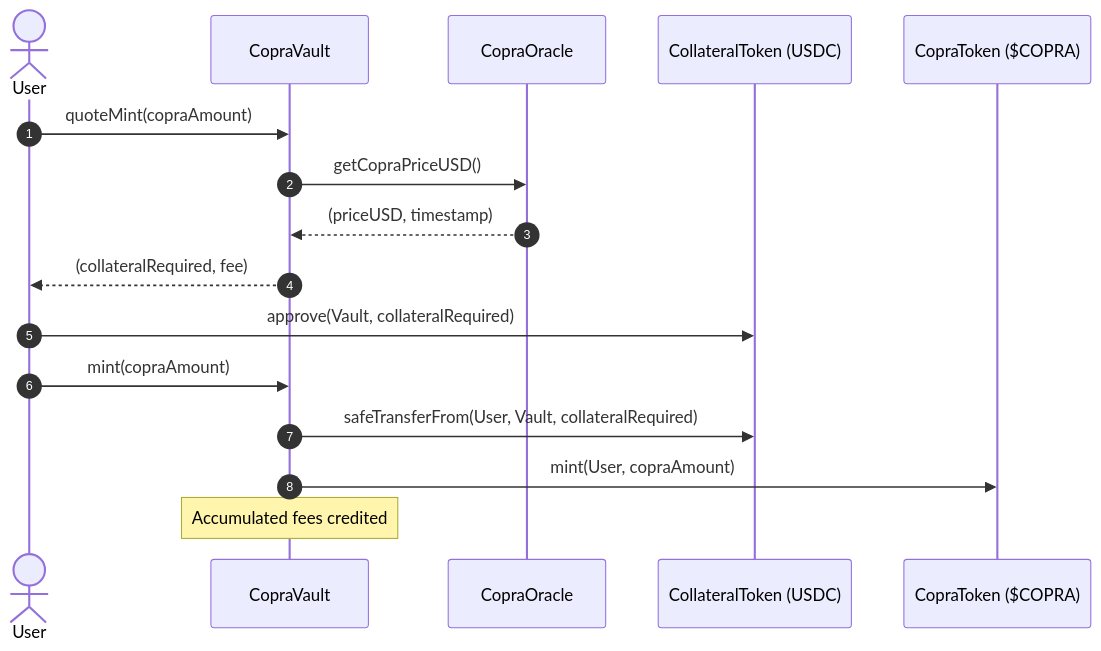
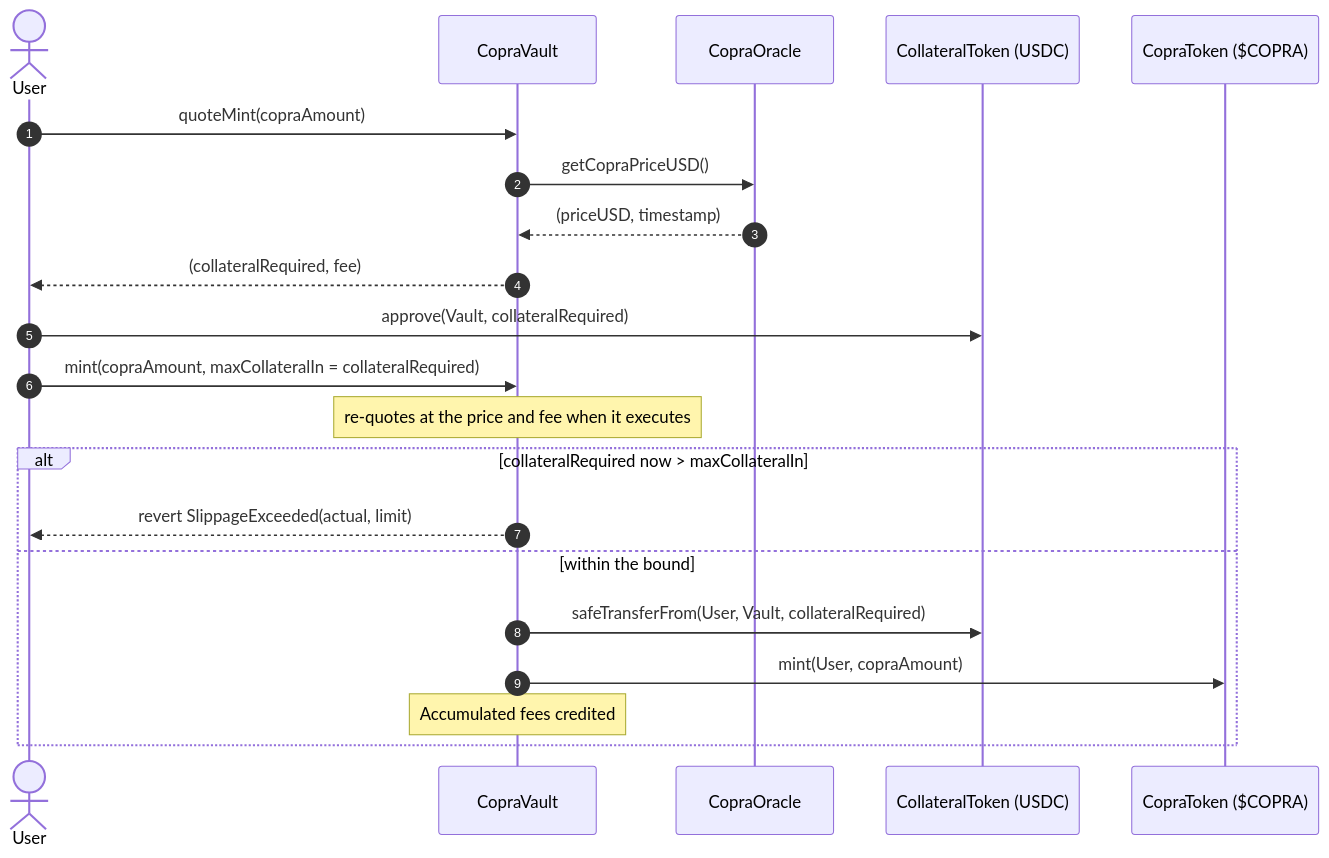
Before and after one commit to bytesbrains/copra: the second of 3 diagrams in docs/ARCHITECTURE.md, drawn with Mermaid. The commit also changed other lines of this file and 18 other files, not shown here.

````diff
--- a/docs/ARCHITECTURE.md
+++ b/docs/ARCHITECTURE.md
@@ -35,20 +35,25 @@
 ```mermaid
 sequenceDiagram
     autonumber
     actor User
     participant Vault as CopraVault
     participant Oracle as CopraOracle
     participant USDC as CollateralToken (USDC)
     participant Token as CopraToken ($COPRA)
 
     User->>Vault: quoteMint(copraAmount)
     Vault->>Oracle: getCopraPriceUSD()
     Oracle-->>Vault: (priceUSD, timestamp)
     Vault-->>User: (collateralRequired, fee)
 
     User->>USDC: approve(Vault, collateralRequired)
-    User->>Vault: mint(copraAmount)
-    Vault->>USDC: safeTransferFrom(User, Vault, collateralRequired)
-    Vault->>Token: mint(User, copraAmount)
-    Note over Vault: Accumulated fees credited
+    User->>Vault: mint(copraAmount, maxCollateralIn = collateralRequired)
+    Note over Vault: re-quotes at the price and fee when it executes
+    alt collateralRequired now > maxCollateralIn
+        Vault-->>User: revert SlippageExceeded(actual, limit)
+    else within the bound
+        Vault->>USDC: safeTransferFrom(User, Vault, collateralRequired)
+        Vault->>Token: mint(User, copraAmount)
+        Note over Vault: Accumulated fees credited
+    end
 ```
````
